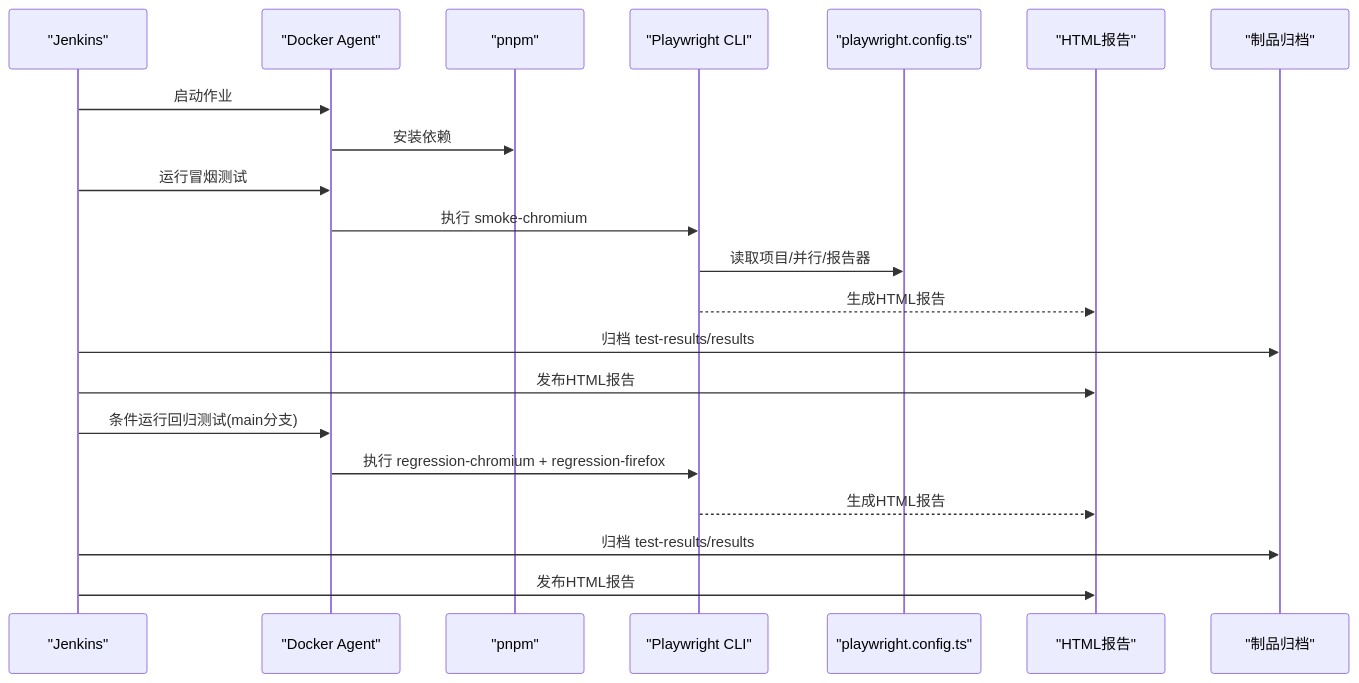
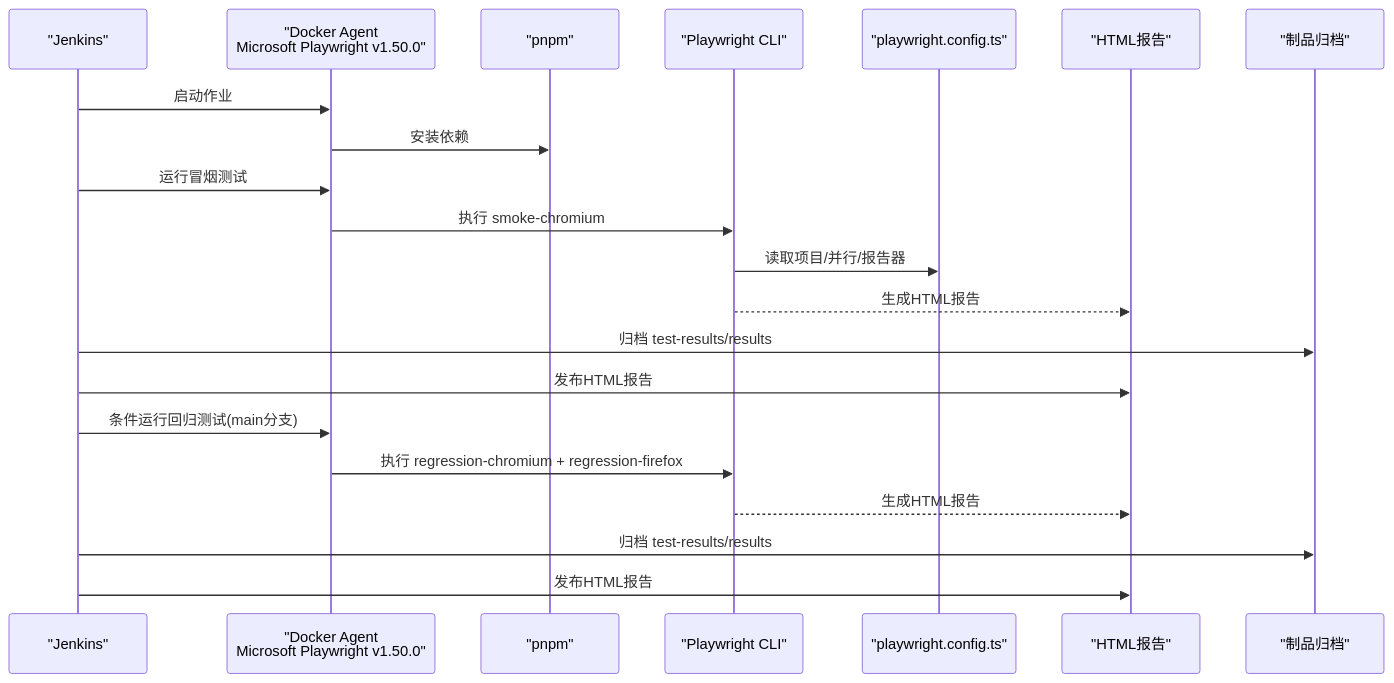
Before and after one commit to zzgoviziwind/--playwright: the second of 6 diagrams in .qoder/repowiki/zh/content/CI_CD集成/Jenkins集成.md, drawn with Mermaid. The commit also changed other lines of this file and 112 other files, not shown here.

````diff
--- a/.qoder/repowiki/zh/content/CI_CD集成/Jenkins集成.md
+++ b/.qoder/repowiki/zh/content/CI_CD集成/Jenkins集成.md
@@ -119,23 +127,23 @@
 ```mermaid
 sequenceDiagram
 participant J as "Jenkins"
-participant D as "Docker Agent"
+participant D as "Docker Agent<br/>Microsoft Playwright v1.50.0"
 participant PNPM as "pnpm"
 participant PW as "Playwright CLI"
 participant CFG as "playwright.config.ts"
 participant HTML as "HTML报告"
 participant ART as "制品归档"
 J->>D : 启动作业
 D->>PNPM : 安装依赖
 J->>D : 运行冒烟测试
 D->>PW : 执行 smoke-chromium
 PW->>CFG : 读取项目/并行/报告器
 PW-->>HTML : 生成HTML报告
 J->>ART : 归档 test-results/results
 J->>HTML : 发布HTML报告
 J->>D : 条件运行回归测试(main分支)
 D->>PW : 执行 regression-chromium + regression-firefox
 PW-->>HTML : 生成HTML报告
 J->>ART : 归档 test-results/results
 J->>HTML : 发布HTML报告
 ```
````
